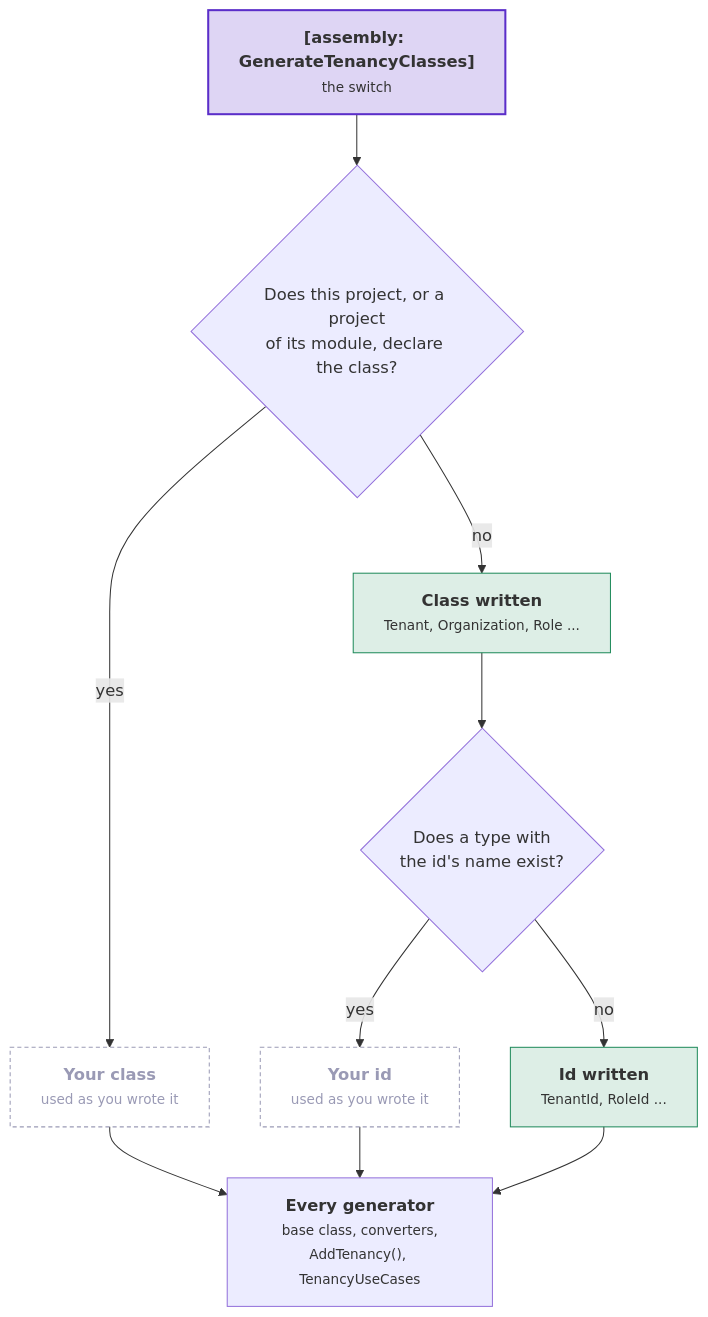
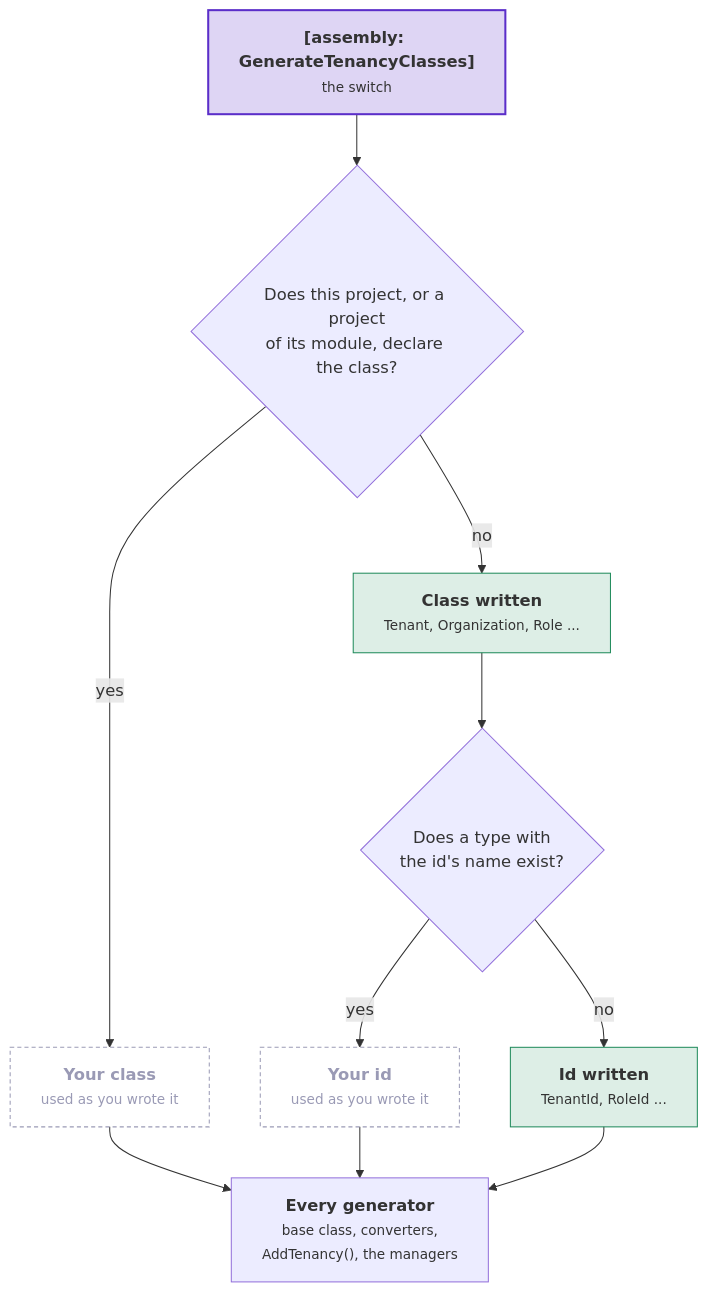
One commit to DylanSnel/DDDToolkit changed the first of 2 diagrams in docs/tenancy/your-module.md. Above: the diagram before and after it, drawn with Mermaid. The commit also changed other lines of this file and 24 other files, not shown here.

````diff
--- a/docs/tenancy/your-module.md
+++ b/docs/tenancy/your-module.md
@@ -95,26 +95,26 @@
 ```mermaid
 flowchart TB
     theSwitch["<b>[assembly: GenerateTenancyClasses]</b><br/><small>the switch</small>"]
     classQ{"Does this project, or a project<br/>of its module, declare the class?"}
     yours["<b>Your class</b><br/><small>used as you wrote it</small>"]
     written["<b>Class written</b><br/><small>Tenant, Organization, Role ...</small>"]
     idQ{"Does a type with<br/>the id's name exist?"}
     taken["<b>Your id</b><br/><small>used as you wrote it</small>"]
     writtenId["<b>Id written</b><br/><small>TenantId, RoleId ...</small>"]
-    generators["<b>Every generator</b><br/><small>base class, converters,<br/>AddTenancy(), TenancyUseCases</small>"]
+    generators["<b>Every generator</b><br/><small>base class, converters,<br/>AddTenancy(), the managers</small>"]
     theSwitch --> classQ
     classQ -- "yes" --> yours
     classQ -- "no" --> written
     written --> idQ
     idQ -- "yes" --> taken
     idQ -- "no" --> writtenId
     yours --> generators
     taken --> generators
     writtenId --> generators
     classDef strong fill:#5b2ec933,stroke:#5b2ec9,stroke-width:2px
     classDef good fill:#1f8a5b26,stroke:#1f8a5b
     classDef muted fill:none,stroke:#9a9ab5,stroke-dasharray:4 3,color:#9a9ab5
     class theSwitch strong
     class written,writtenId good
     class yours,taken muted
 ```
````
